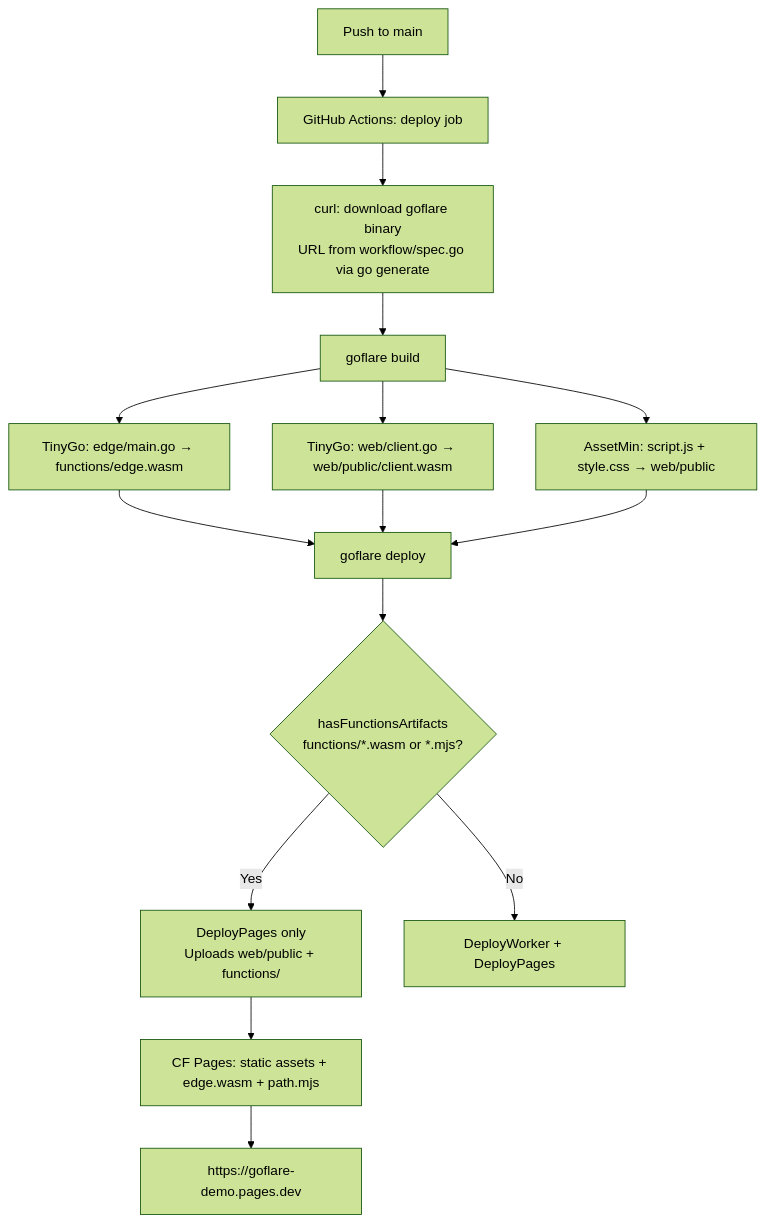
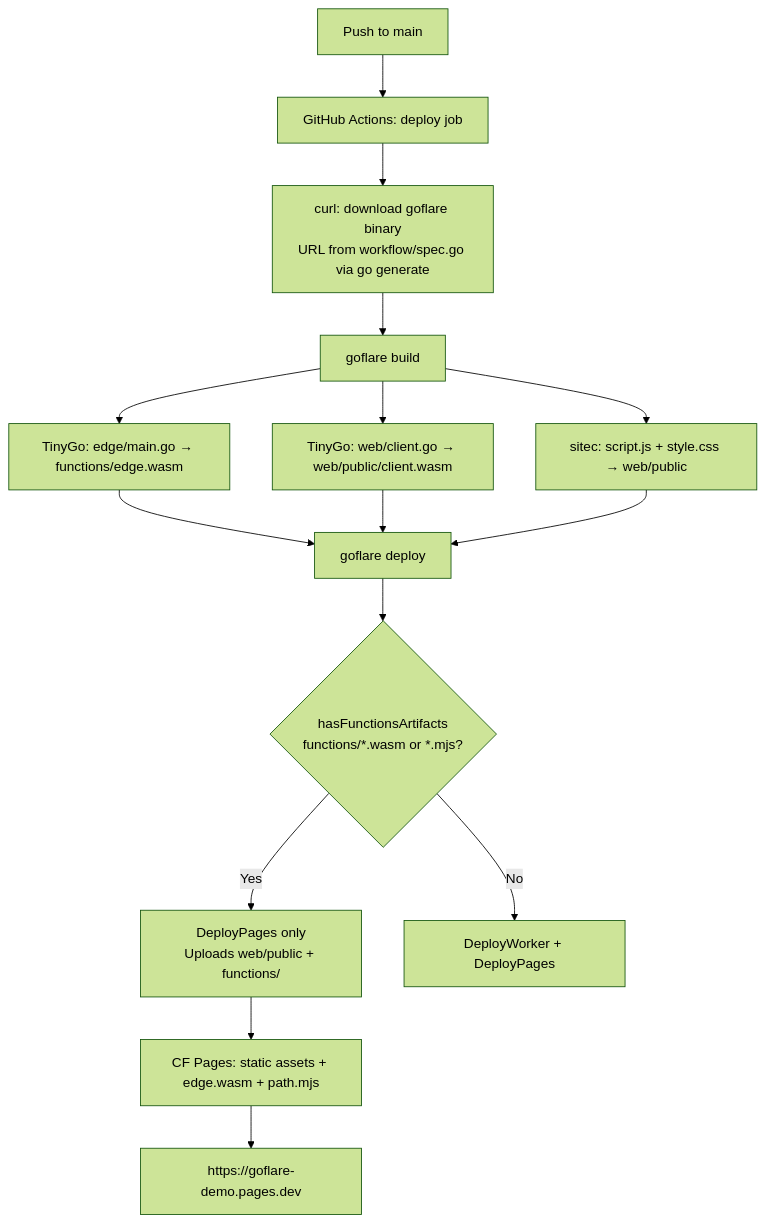
One commit to tinywasm/goflare-demo changed the diagram in docs/CI_FLOW.md. Above: the diagram before and after it, drawn with Mermaid (forest theme). The commit also changed 1 other file, not shown here.

Commit message:
docs: tinywasm/assetmin and tinywasm/client are archived; the role is tinywasm/sitec

````diff
--- a/docs/CI_FLOW.md
+++ b/docs/CI_FLOW.md
@@ -5,15 +5,15 @@
 ```mermaid
 flowchart TD
     A[Push to main] --> B[GitHub Actions: deploy job]
     B --> C[curl: download goflare binary\nURL from workflow/spec.go via go generate]
     C --> D[goflare build]
     D --> E1[TinyGo: edge/main.go → functions/edge.wasm]
     D --> E2[TinyGo: web/client.go → web/public/client.wasm]
-    D --> E3[AssetMin: script.js + style.css → web/public]
+    D --> E3[sitec: script.js + style.css → web/public]
     E1 & E2 & E3 --> F[goflare deploy]
     F --> G{hasFunctionsArtifacts\nfunctions/*.wasm or *.mjs?}
     G -- Yes --> H[DeployPages only\nUploads web/public + functions/]
     G -- No --> I[DeployWorker + DeployPages]
     H --> J[CF Pages: static assets + edge.wasm + path.mjs]
     J --> K[https://goflare-demo.pages.dev]
 ```
````
